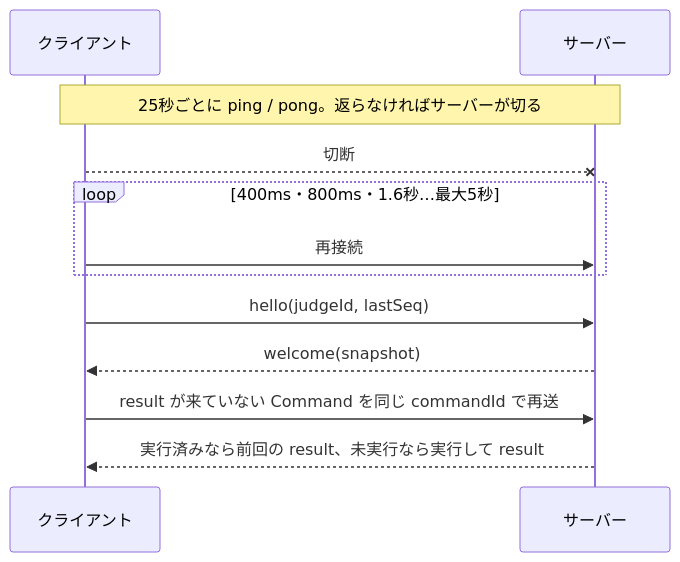
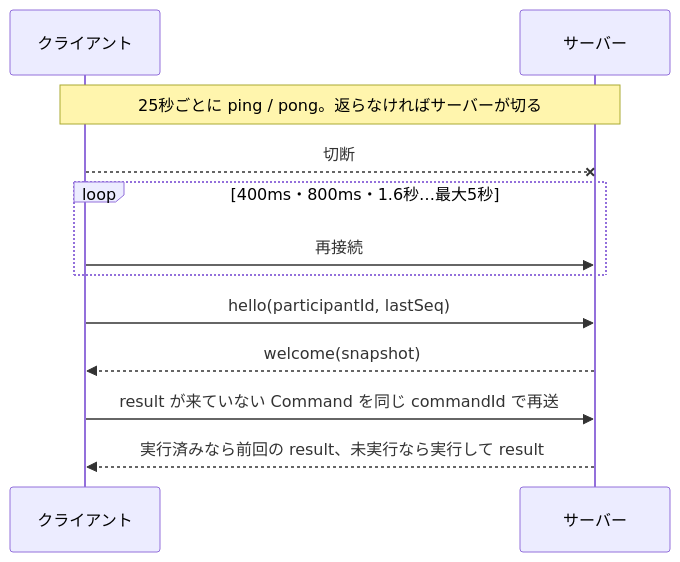
Before and after one commit to yuto-valiark/idea-audition: the third of 3 diagrams in docs/protocol/camp-v1.md, drawn with Mermaid. The commit also changed other lines of this file and 26 other files, not shown here.

````diff
--- a/docs/protocol/camp-v1.md
+++ b/docs/protocol/camp-v1.md
@@ -231,14 +231,14 @@
 ```mermaid
 sequenceDiagram
   participant C as クライアント
   participant S as サーバー
   Note over C,S: 25秒ごとに ping / pong。返らなければサーバーが切る
   C--xS: 切断
   loop 400ms・800ms・1.6秒…最大5秒
     C->>S: 再接続
   end
-  C->>S: hello(judgeId, lastSeq)
+  C->>S: hello(participantId, lastSeq)
   S-->>C: welcome(snapshot)
   C->>S: result が来ていない Command を同じ commandId で再送
   S-->>C: 実行済みなら前回の result、未実行なら実行して result
 ```
````
